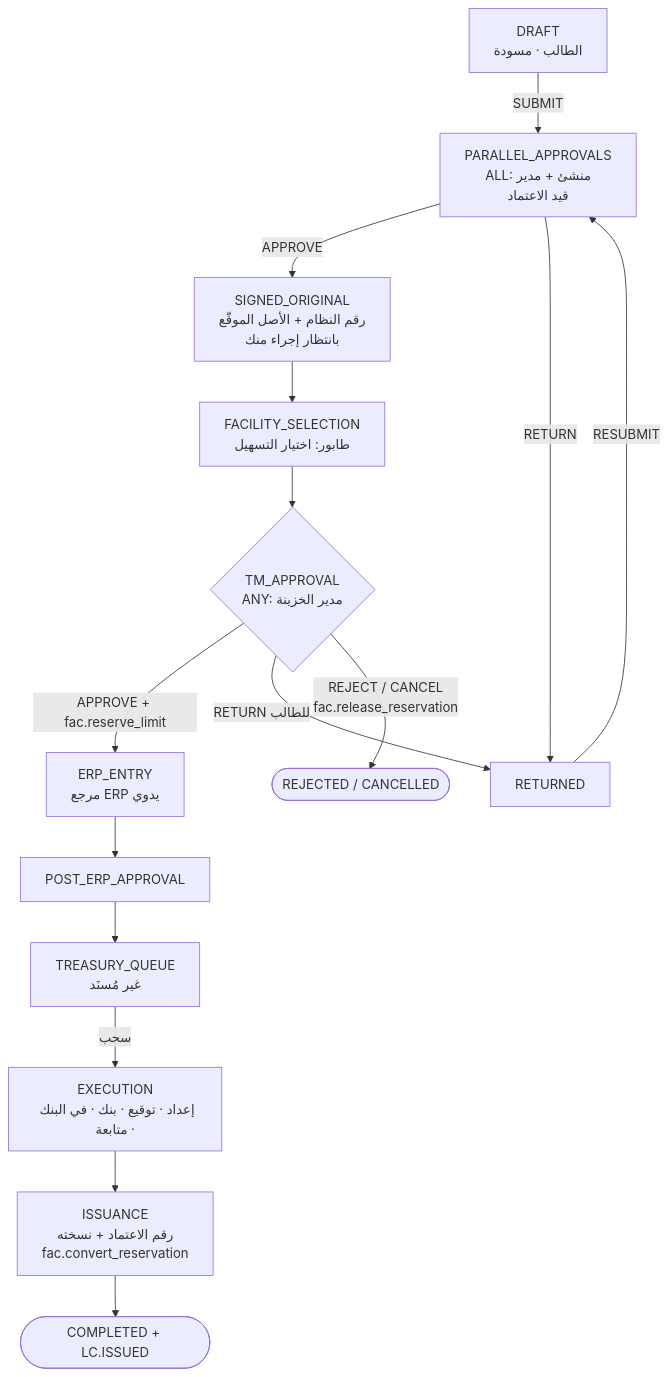
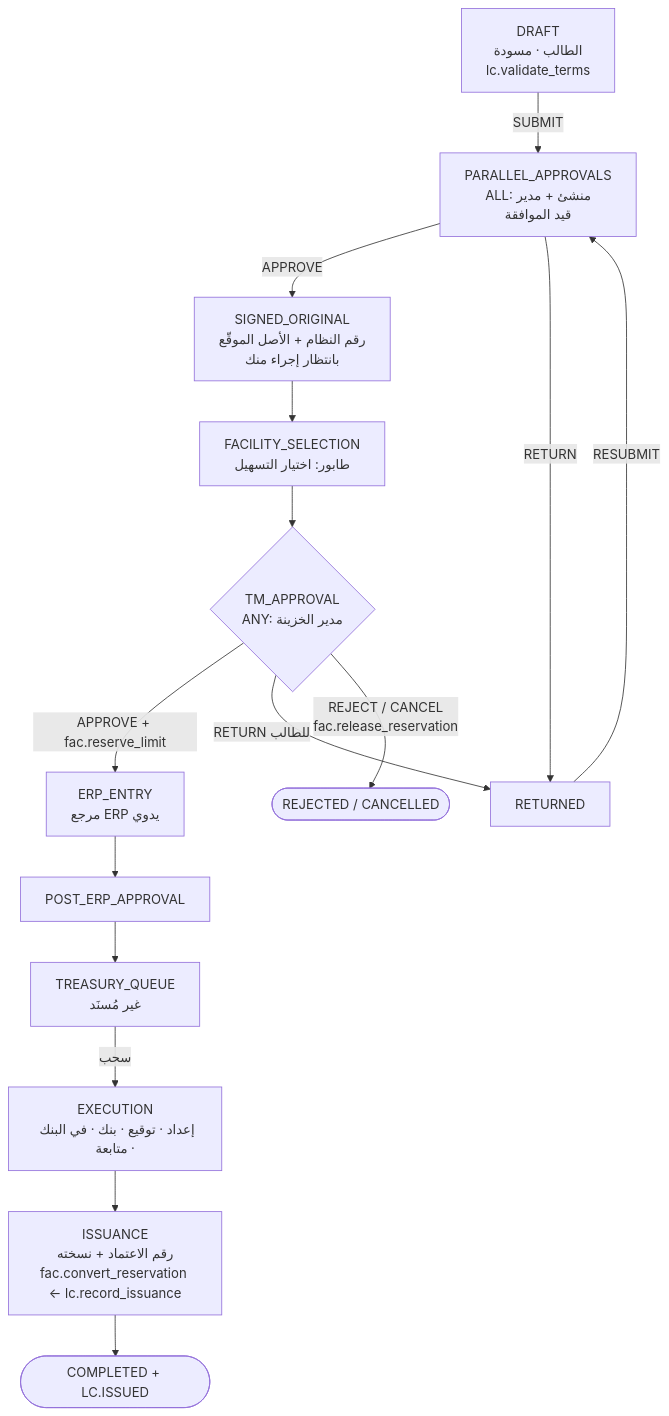
One commit to thawrasy/smartlines changed the second of 4 diagrams in treasury-platform/docs/10-detailed-analysis/13-m6-workflow-engine-notifications.md. Above: the diagram before and after it, drawn with Mermaid. The commit also changed other lines of this file and 7 other files, not shown here.

````diff
--- a/treasury-platform/docs/10-detailed-analysis/13-m6-workflow-engine-notifications.md
+++ b/treasury-platform/docs/10-detailed-analysis/13-m6-workflow-engine-notifications.md
@@ -443,17 +459,17 @@
 ```mermaid
 flowchart TD
-  D["DRAFT<br/>الطالب · مسودة"] -->|SUBMIT| P["PARALLEL_APPROVALS<br/>ALL: منشئ + مدير<br/>قيد الاعتماد"]
+  D["DRAFT<br/>الطالب · مسودة<br/>lc.validate_terms"] -->|SUBMIT| P["PARALLEL_APPROVALS<br/>ALL: منشئ + مدير<br/>قيد الموافقة"]
   P -->|APPROVE| S["SIGNED_ORIGINAL<br/>رقم النظام + الأصل الموقّع<br/>بانتظار إجراء منك"]
   S --> F["FACILITY_SELECTION<br/>طابور: اختيار التسهيل"]
   F --> T{"TM_APPROVAL<br/>ANY: مدير الخزينة"}
   T -- "APPROVE + fac.reserve_limit" --> E["ERP_ENTRY<br/>مرجع ERP يدوي"]
   E --> A["POST_ERP_APPROVAL"]
   A --> Q["TREASURY_QUEUE<br/>غير مُسنَد"]
   Q -- "سحب" --> X["EXECUTION<br/>إعداد · توقيع · بنك · في البنك · متابعة"]
-  X --> I["ISSUANCE<br/>رقم الاعتماد + نسخته<br/>fac.convert_reservation"]
+  X --> I["ISSUANCE<br/>رقم الاعتماد + نسخته<br/>fac.convert_reservation ← lc.record_issuance"]
   I --> C(["COMPLETED + LC.ISSUED"])
   P -- RETURN --> R["RETURNED"]
   T -- "RETURN للطالب" --> R
   R -- RESUBMIT --> P
   T -- "REJECT / CANCEL<br/>fac.release_reservation" --> Z(["REJECTED / CANCELLED"])
 ```
````
